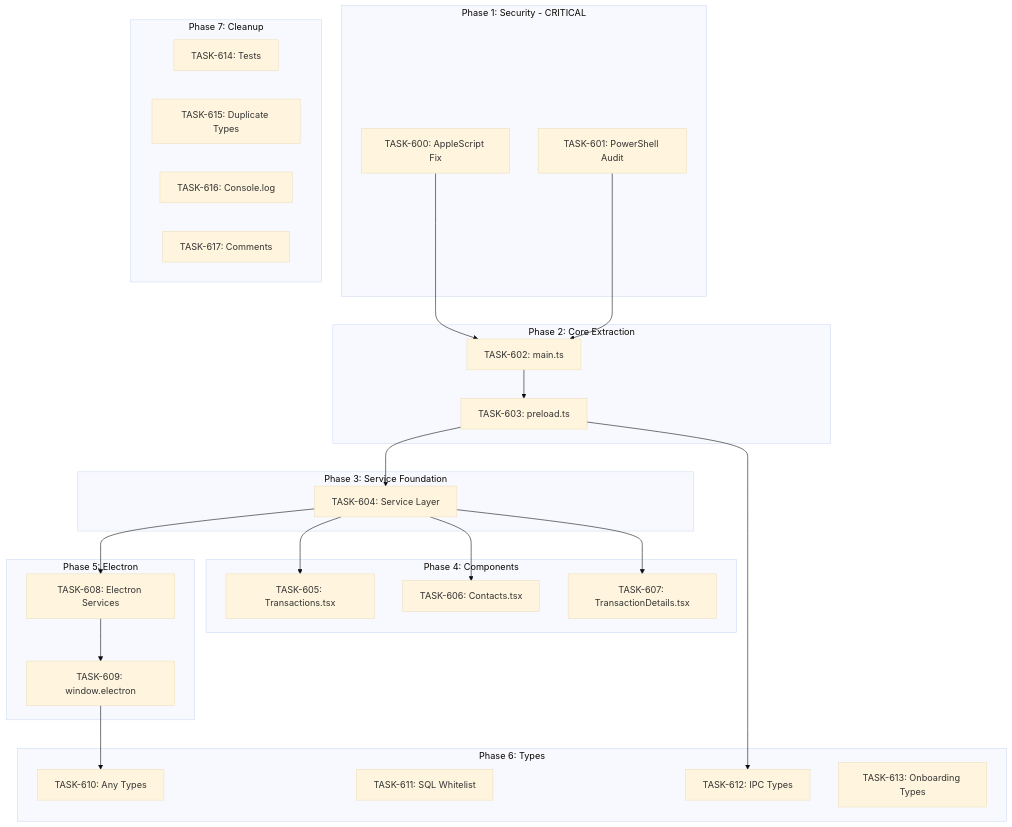
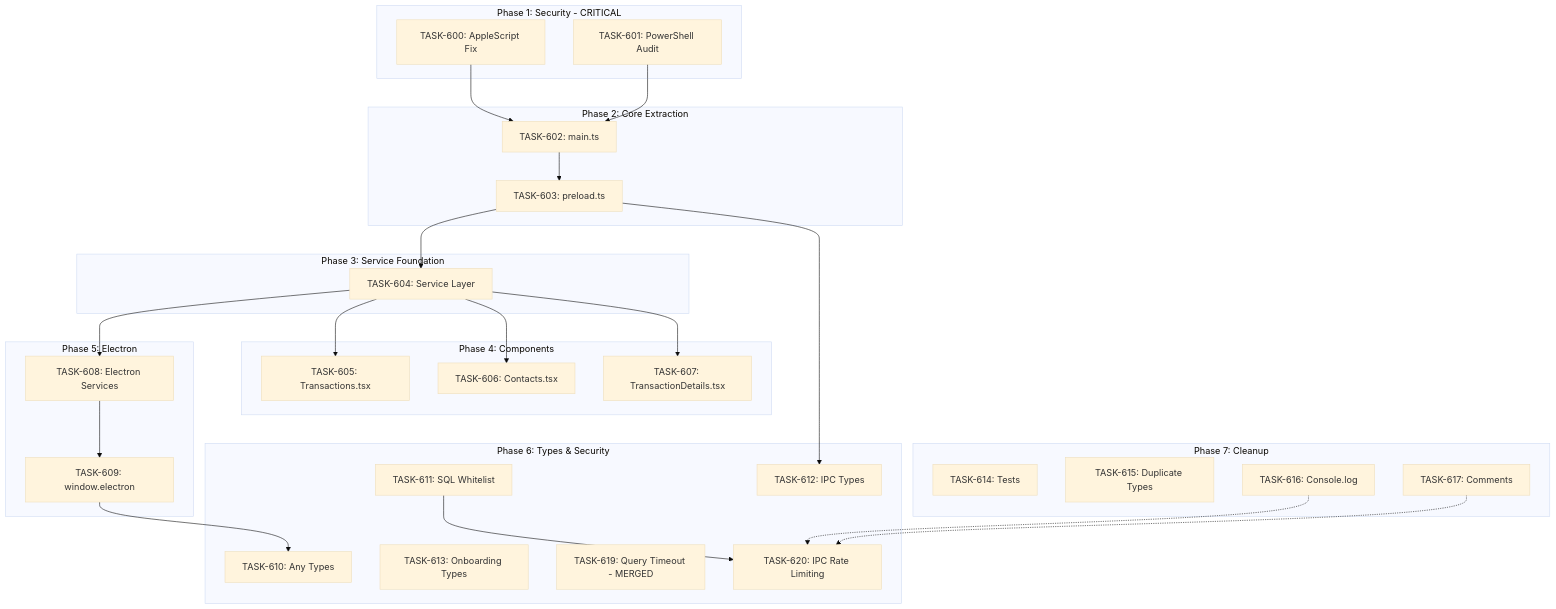
Before and after one commit to 5hdaniel/Mad: the diagram in .claude/plans/sprints/SPRINT-009-codebase-standards.md, drawn with Mermaid (base theme). The commit also changed other lines of this file, not shown here.

Commit message:
docs: update SPRINT-009 with progress and task status
Update sprint planning document with:
- Current task completion status
- Updated timeline and estimates
- Sprint metrics and progress tracking

🤖 Generated with [Claude Code](https://claude.com/claude-code)

````diff
--- a/.claude/plans/sprints/SPRINT-009-codebase-standards.md
+++ b/.claude/plans/sprints/SPRINT-009-codebase-standards.md
@@ -93,53 +95,58 @@
 ```mermaid
 graph TD
     subgraph Phase1[Phase 1: Security - CRITICAL]
         T600[TASK-600: AppleScript Fix]
         T601[TASK-601: PowerShell Audit]
     end
 
     subgraph Phase2[Phase 2: Core Extraction]
         T602[TASK-602: main.ts]
         T603[TASK-603: preload.ts]
     end
 
     subgraph Phase3[Phase 3: Service Foundation]
         T604[TASK-604: Service Layer]
     end
 
     subgraph Phase4[Phase 4: Components]
         T605[TASK-605: Transactions.tsx]
         T606[TASK-606: Contacts.tsx]
         T607[TASK-607: TransactionDetails.tsx]
     end
 
     subgraph Phase5[Phase 5: Electron]
         T608[TASK-608: Electron Services]
         T609[TASK-609: window.electron]
     end
 
-    subgraph Phase6[Phase 6: Types]
+    subgraph Phase6[Phase 6: Types & Security]
         T610[TASK-610: Any Types]
         T611[TASK-611: SQL Whitelist]
         T612[TASK-612: IPC Types]
         T613[TASK-613: Onboarding Types]
+        T619[TASK-619: Query Timeout - MERGED]
+        T620[TASK-620: IPC Rate Limiting]
     end
 
     subgraph Phase7[Phase 7: Cleanup]
         T614[TASK-614: Tests]
         T615[TASK-615: Duplicate Types]
         T616[TASK-616: Console.log]
         T617[TASK-617: Comments]
     end
 
     T600 --> T602
     T601 --> T602
     T602 --> T603
     T603 --> T604
     T604 --> T605
     T604 --> T606
     T604 --> T607
     T604 --> T608
     T608 --> T609
     T603 --> T612
     T609 --> T610
+    T611 --> T620
+    T616 -.-> T620
+    T617 -.-> T620
 ```
````
